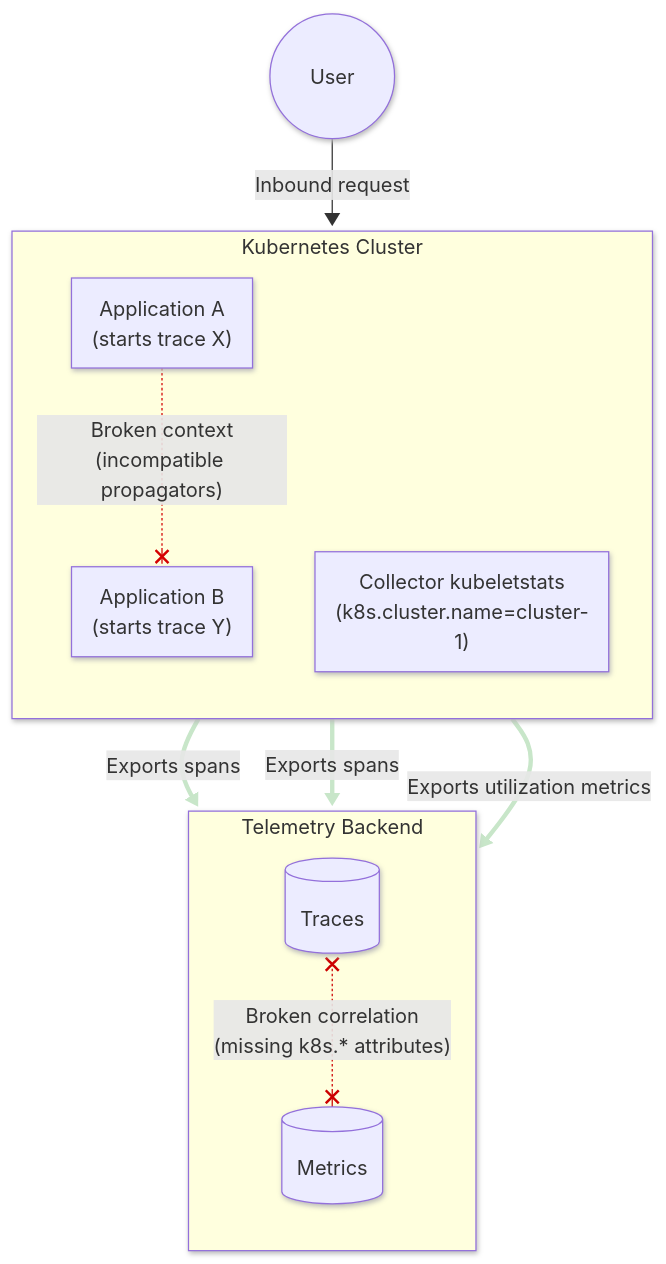
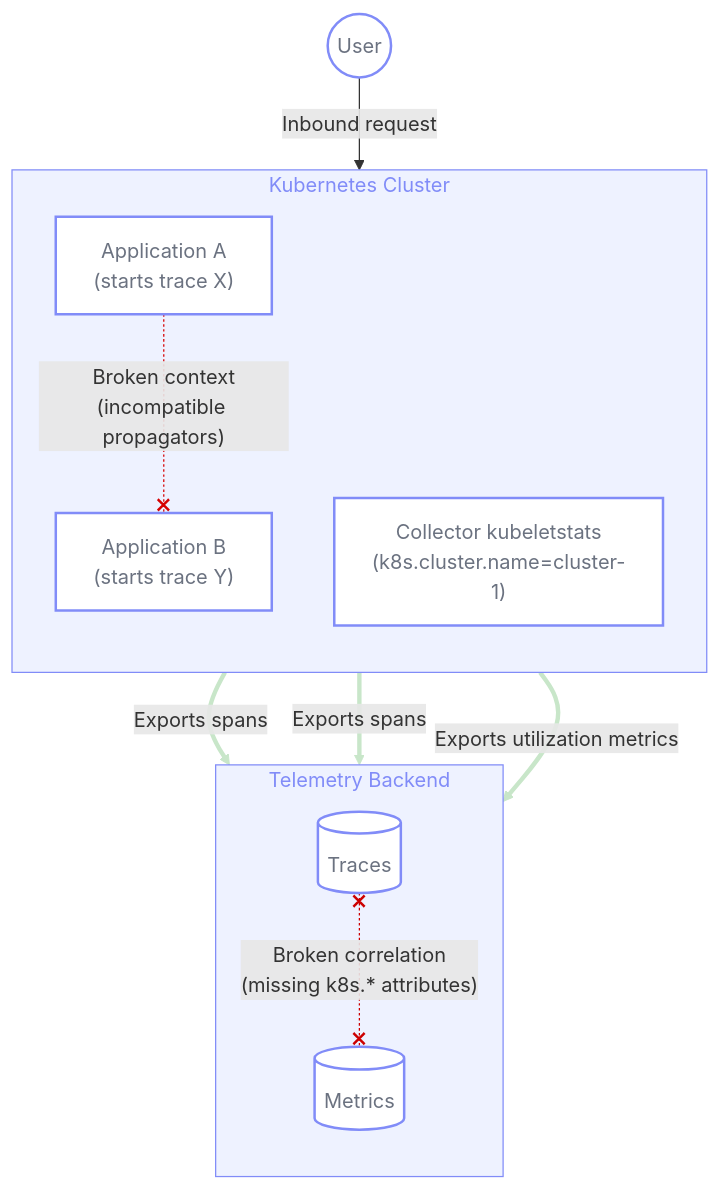
One commit to open-telemetry/opentelemetry.io changed the first of 4 diagrams in content/en/docs/guidance/blueprints/centralized-platforms.md. Above: the diagram before and after it, drawn with Mermaid. The commit also changed other lines of this file, not shown here.

Commit message:
Uniform Mermaid diagrams

````diff
--- a/content/en/docs/guidance/blueprints/centralized-platforms.md
+++ b/content/en/docs/guidance/blueprints/centralized-platforms.md
@@ -82,33 +82,37 @@
 ```mermaid
 ---
 config:
-  theme: mc
-  look: neo
+  flowchart:
+    curve: basis
 ---
 flowchart TB
   subgraph Cluster["Kubernetes Cluster"]
     direction TB
-    AppA["Application A<br>(starts trace X)"]
-    AppB["Application B<br>(starts trace Y)"]
-    Collector["Collector kubeletstats<br>(k8s.cluster.name=cluster-1)"]
+    AppA["Application A<br>(starts trace X)"]:::node
+    AppB["Application B<br>(starts trace Y)"]:::node
+    Collector["Collector kubeletstats<br>(k8s.cluster.name=cluster-1)"]:::node
   end
 
   subgraph Backend["Telemetry Backend"]
     direction TB
-    Traces[("Traces")]
-    Metrics[("Metrics")]
+    Traces[("Traces")]:::node
+    Metrics[("Metrics")]:::node
   end
 
-  User(("User")) -- Inbound request --> AppA
+  User(("User")):::node -- Inbound request --> AppA
   AppA -. "Broken context<br>(incompatible propagators)" .-x AppB
   Traces x-. "Broken correlation<br>(missing k8s.* attributes)" .-x Metrics
   AppA == "Exports spans" ==> Traces
   AppB == "Exports spans" ==> Traces
   Collector == "Exports utilization metrics" ==> Metrics
 
   linkStyle 1 stroke:#D50000, fill:none
   linkStyle 2 stroke:#cc0000, fill:none
   linkStyle 3 stroke:#C8E6C9, fill:none
   linkStyle 4 stroke:#C8E6C9, fill:none
   linkStyle 5 stroke:#C8E6C9, fill:none
+
+  classDef node fill:#ffffff, stroke:#818cf8, stroke-width:2px, color:#6b7280
+  style Cluster fill:#eef2ff, stroke:#818cf8, stroke-width:1px, color:#818cf8
+  style Backend fill:#eef2ff, stroke:#818cf8, stroke-width:1px, color:#818cf8
 ```
````
